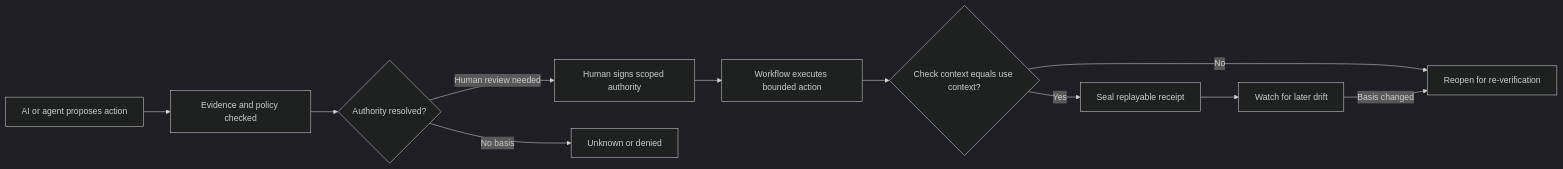
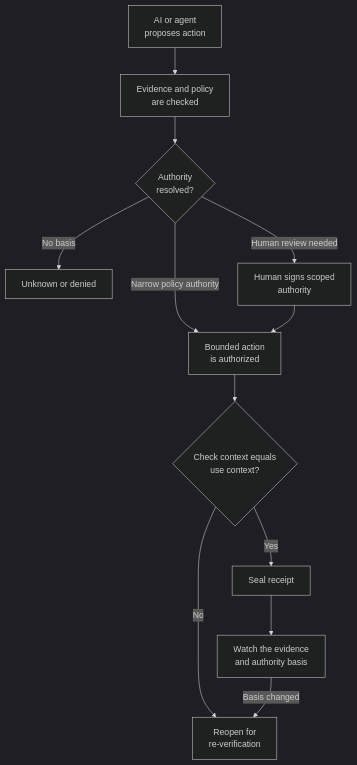
The diagram in README.md (lumirosh/open-decision-receipt), drawn with Mermaid (dark theme) before and after one commit. The commit also changed other lines of this file and 19 other files, not shown here.

````diff
--- a/README.md
+++ b/README.md
@@ -17,13 +16,14 @@
 ```mermaid
-flowchart LR
-    A[AI or agent proposes action] --> B[Evidence and policy checked]
-    B --> C{Authority resolved?}
-    C -->|Human review needed| D[Human signs scoped authority]
-    C -->|No basis| E[Unknown or denied]
-    D --> F[Workflow executes bounded action]
-    F --> G{Check context equals use context?}
-    G -->|Yes| H[Seal replayable receipt]
-    G -->|No| I[Reopen for re-verification]
-    H --> J[Watch for later drift]
+flowchart TB
+    A[AI or agent<br/>proposes action] --> B[Evidence and policy<br/>are checked]
+    B --> C{Authority<br/>resolved?}
+    C -->|No basis| D[Unknown or denied]
+    C -->|Human review needed| E[Human signs scoped<br/>authority]
+    C -->|Narrow policy authority| F[Bounded action<br/>is authorized]
+    E --> F
+    F --> G{Check context equals<br/>use context?}
+    G -->|Yes| H[Seal receipt]
+    G -->|No| I[Reopen for<br/>re-verification]
+    H --> J[Watch the evidence<br/>and authority basis]
     J -->|Basis changed| I
 ```
````
